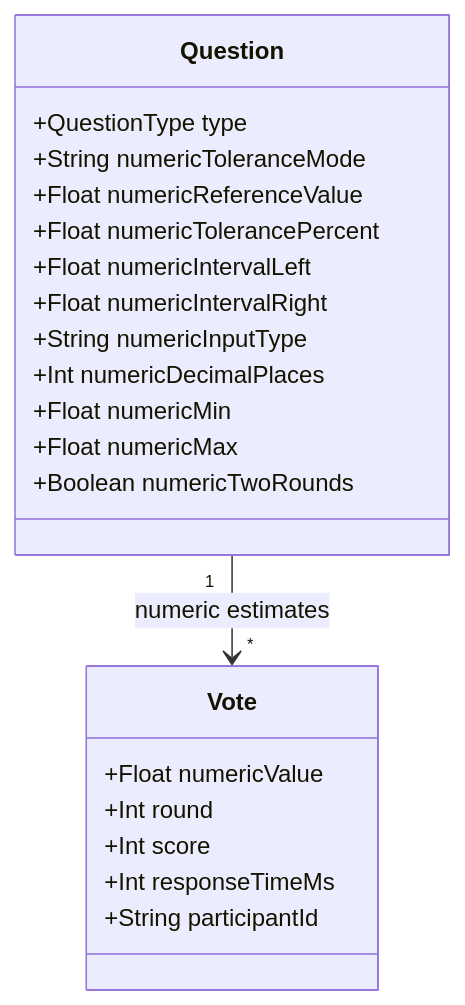
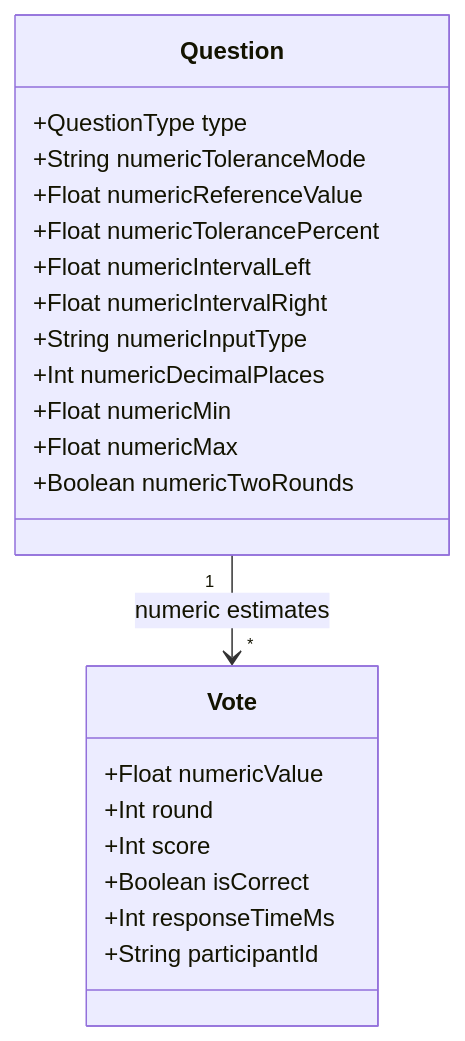
One commit to docmoritz/arsnova-eu changed the first of 4 diagrams in docs/features/numeric-estimate.md. Above: the diagram before and after it, drawn with Mermaid. The commit also changed other lines of this file and 24 other files, not shown here.

````diff
--- a/docs/features/numeric-estimate.md
+++ b/docs/features/numeric-estimate.md
@@ -38,26 +38,27 @@
 ```mermaid
 classDiagram
   class Question {
     +QuestionType type
     +String numericToleranceMode
     +Float numericReferenceValue
     +Float numericTolerancePercent
     +Float numericIntervalLeft
     +Float numericIntervalRight
     +String numericInputType
     +Int numericDecimalPlaces
     +Float numericMin
     +Float numericMax
     +Boolean numericTwoRounds
   }
 
   class Vote {
     +Float numericValue
     +Int round
     +Int score
+    +Boolean isCorrect
     +Int responseTimeMs
     +String participantId
   }
 
   Question "1" --> "*" Vote : numeric estimates
 ```
````
